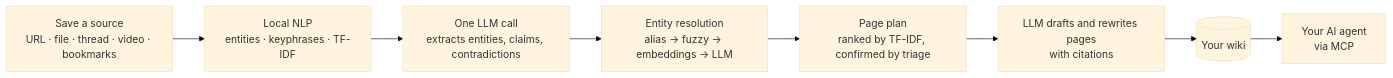
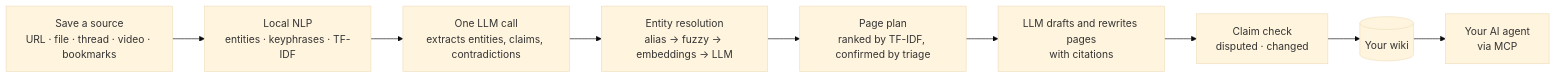
The diagram in README.md (tuirk/Kompl), drawn with Mermaid (base theme) before and after one commit. The commit also changed other lines of this file, not shown here.

First line of the commit message:
docs(readme): describe v0.4: topic map, disagreements, claim check, upkeep and Redo

````diff
--- a/README.md
+++ b/README.md
@@ -52,10 +55,11 @@
 ```mermaid
 flowchart LR
     A["Save a source<br/>URL · file · thread · video · bookmarks"] --> B["Local NLP<br/>entities · keyphrases · TF-IDF"]
     B --> C["One LLM call<br/>extracts entities, claims, contradictions"]
     C --> D["Entity resolution<br/>alias → fuzzy → embeddings → LLM"]
     D --> E["Page plan<br/>ranked by TF-IDF, confirmed by triage"]
     E --> F["LLM drafts and rewrites pages<br/>with citations"]
-    F --> G[("Your wiki")]
+    F --> X["Claim check<br/>disputed · changed"]
+    X --> G[("Your wiki")]
     G --> H["Your AI agent<br/>via MCP"]
 ```
````
